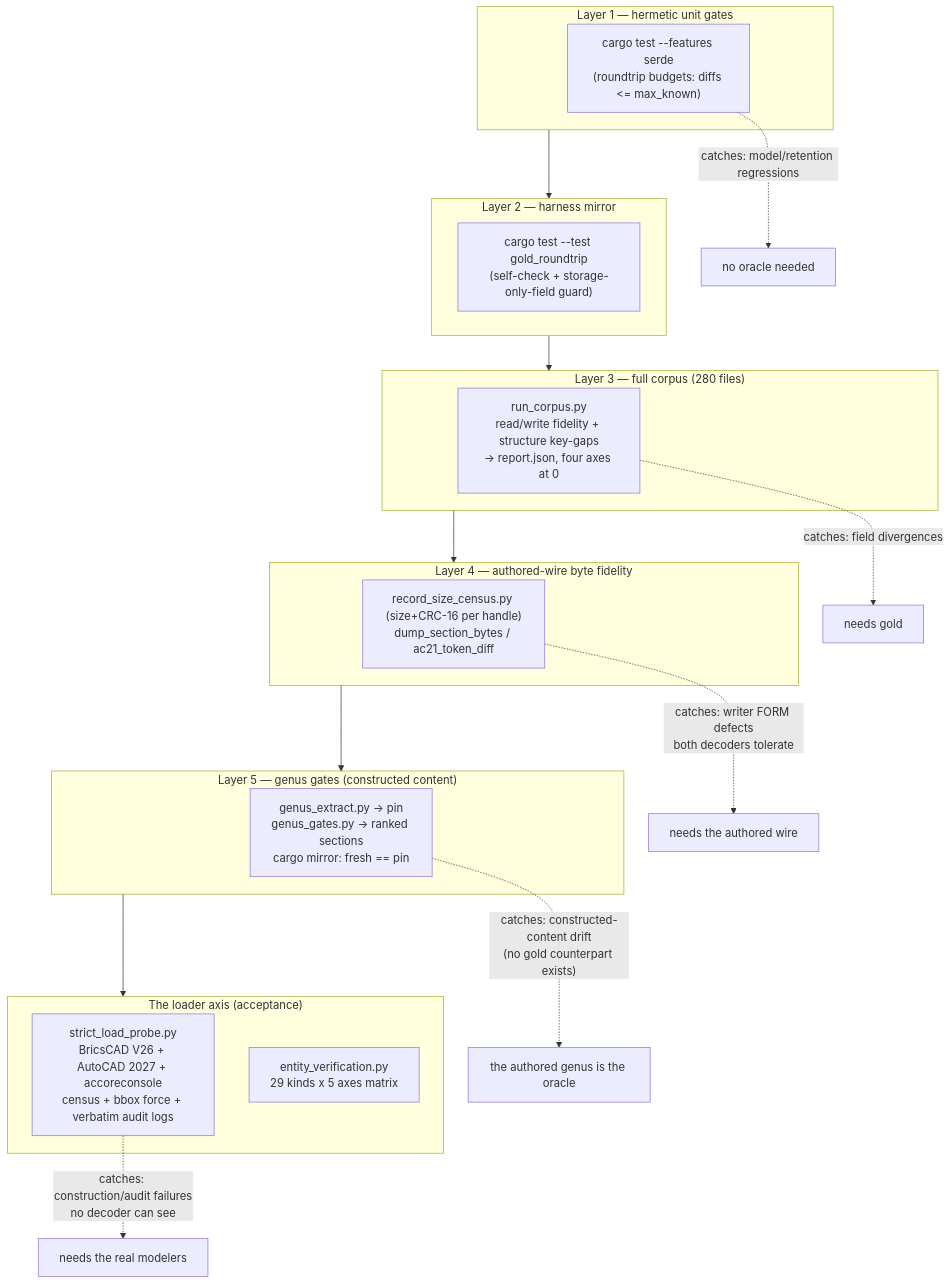
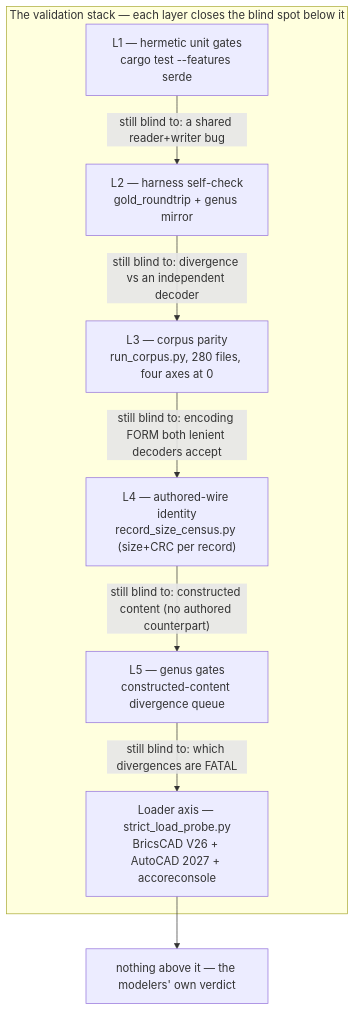
One commit to HakanSeven12/opencadcodec changed the first of 10 diagrams in tests/gold_harness/ARCHITECTURE.md. Above: the diagram before and after it, drawn with Mermaid. The commit also changed other lines of this file and 5 other files, not shown here.

First line of the commit message:
docs(harness): rank the AutoCAD census as the acceptance oracle — architecture redesign

````diff
--- a/tests/gold_harness/ARCHITECTURE.md
+++ b/tests/gold_harness/ARCHITECTURE.md
@@ -27,28 +43,17 @@
 ```mermaid
 flowchart TD
-    subgraph L1["Layer 1 — hermetic unit gates"]
-        T["cargo test --features serde<br/>(roundtrip budgets: diffs <= max_known)"]
+    subgraph STACK["The validation stack — each layer closes the blind spot below it"]
+        L1["L1 — hermetic unit gates<br/>cargo test --features serde"]
+        L2["L2 — harness self-check<br/>gold_roundtrip + genus mirror"]
+        L3["L3 — corpus parity<br/>run_corpus.py, 280 files, four axes at 0"]
+        L4["L4 — authored-wire identity<br/>record_size_census.py (size+CRC per record)"]
+        L5["L5 — genus gates<br/>constructed-content divergence queue"]
+        LX["Loader axis — strict_load_probe.py<br/>BricsCAD V26 + AutoCAD 2027 + accoreconsole"]
     end
-    subgraph L2["Layer 2 — harness mirror"]
-        G["cargo test --test gold_roundtrip<br/>(self-check + storage-only-field guard)"]
-    end
-    subgraph L3["Layer 3 — full corpus (280 files)"]
-        C["run_corpus.py<br/>read/write fidelity + structure key-gaps<br/>→ report.json, four axes at 0"]
-    end
-    subgraph L4["Layer 4 — authored-wire byte fidelity"]
-        R["record_size_census.py (size+CRC-16 per handle)<br/>dump_section_bytes / ac21_token_diff"]
-    end
-    subgraph L5["Layer 5 — genus gates (constructed content)"]
-        GG["genus_extract.py → pin<br/>genus_gates.py → ranked sections<br/>cargo mirror: fresh == pin"]
-    end
-    subgraph LX["The loader axis (acceptance)"]
-        P["strict_load_probe.py<br/>BricsCAD V26 + AutoCAD 2027 + accoreconsole<br/>census + bbox force + verbatim audit logs"]
-        EV["entity_verification.py<br/>29 kinds x 5 axes matrix"]
-    end
-    L1 --> L2 --> L3 --> L4 --> L5 --> LX
-    T -.->|"catches: model/retention regressions"| Q1["no oracle needed"]
-    C -.->|"catches: field divergences"| Q2["needs gold"]
-    R -.->|"catches: writer FORM defects<br/>both decoders tolerate"| Q3["needs the authored wire"]
-    GG -.->|"catches: constructed-content drift<br/>(no gold counterpart exists)"| Q4["the authored genus is the oracle"]
-    P -.->|"catches: construction/audit failures<br/>no decoder can see"| Q5["needs the real modelers"]
+    L1 -->|"still blind to: a shared reader+writer bug"| L2
+    L2 -->|"still blind to: divergence vs an independent decoder"| L3
+    L3 -->|"still blind to: encoding FORM both lenient decoders accept"| L4
+    L4 -->|"still blind to: constructed content (no authored counterpart)"| L5
+    L5 -->|"still blind to: which divergences are FATAL"| LX
+    LX --> TOP["nothing above it — the modelers' own verdict"]
 ```
````
